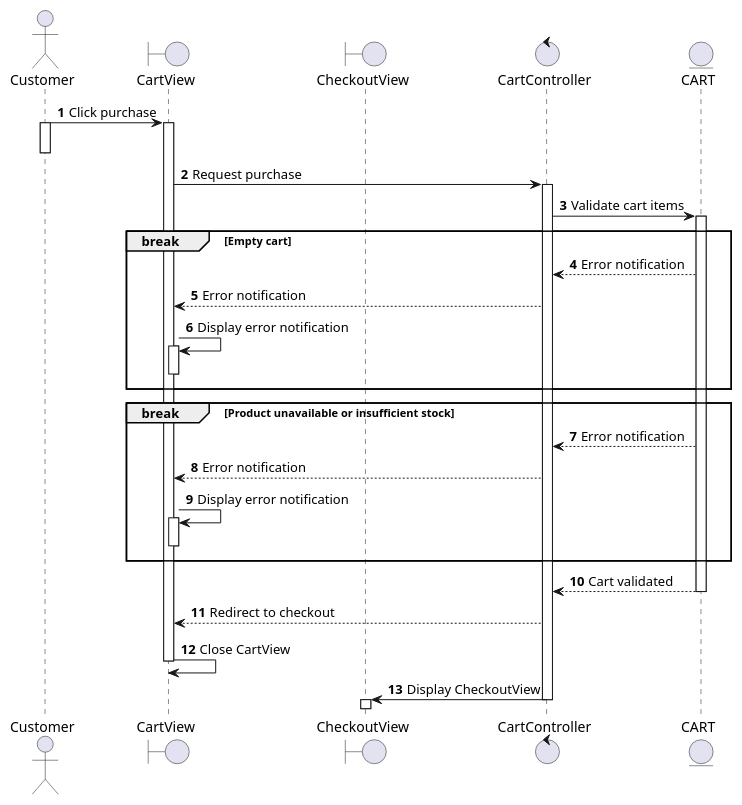
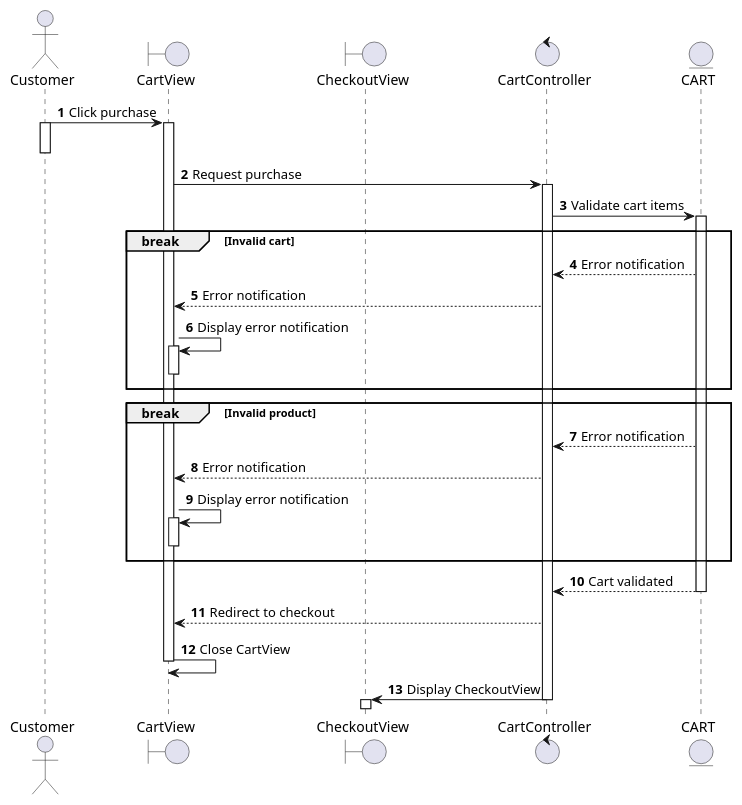
The diagram in docs/docs/sequence/manage-cart/purchase.md (electricilies/electricilies.github.io), drawn with PlantUML before and after one commit. The commit also changed 22 other files, not shown here.

````diff
--- a/docs/docs/sequence/manage-cart/purchase.md
+++ b/docs/docs/sequence/manage-cart/purchase.md
@@ -3,47 +3,47 @@
 ```plantuml
 @startuml
 autonumber
 
 actor Customer as C
 boundary CartView as CaV
 boundary CheckoutView as ChV
 control CartController as CC
 entity CART as Ca
 
 C -> CaV: Click purchase
 activate C
 activate CaV
 deactivate C
 CaV -> CC: Request purchase
 activate CC
 CC -> Ca: Validate cart items
 activate Ca
 
-break Empty cart
+break Invalid cart
   CC <-- Ca: Error notification
   CaV <-- CC: Error notification
   CaV -> CaV: Display error notification
   activate CaV
   deactivate CaV
 end
 
-break Product unavailable or insufficient stock
+break Invalid product
   CC <-- Ca: Error notification
   CaV <-- CC: Error notification
   CaV -> CaV: Display error notification
   activate CaV
   deactivate CaV
 end
 
 CC <-- Ca: Cart validated
 deactivate Ca
 CaV <-- CC: Redirect to checkout
 CaV -> CaV: Close CartView
 deactivate CaV
 ChV <- CC: Display CheckoutView
 deactivate CC
 activate ChV
 deactivate ChV
 
 @enduml
 ```
````
